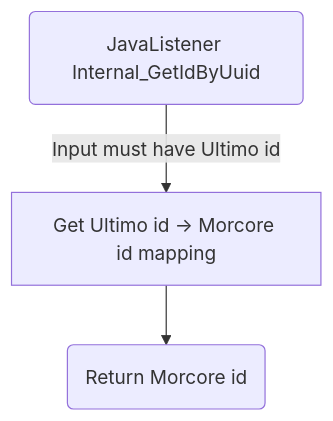
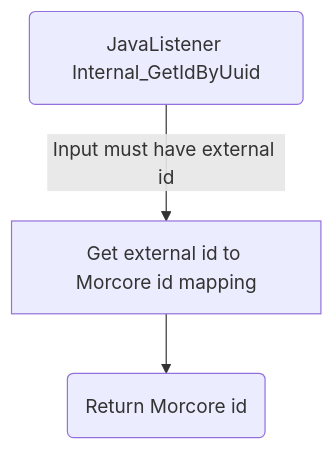
The diagram in docusaurus/docs/morcore2ultimo/internal/getidbyuuid.md (wearefrank/morcoreintegration), drawn with Mermaid before and after one commit. The commit also changed other lines of this file and 23 other files, not shown here.

````diff
--- a/docusaurus/docs/morcore2ultimo/internal/getidbyuuid.md
+++ b/docusaurus/docs/morcore2ultimo/internal/getidbyuuid.md
@@ -7,5 +13,5 @@
 ```mermaid
 flowchart TD
-    A(JavaListener Internal_GetIdByUuid) -->|Input must have Ultimo id| B[Get Ultimo id -> Morcore id mapping]
+    A(JavaListener Internal_GetIdByUuid) -->|Input must have external id| B[Get external id to Morcore id mapping]
     B --> C(Return Morcore id)
 ```
````
